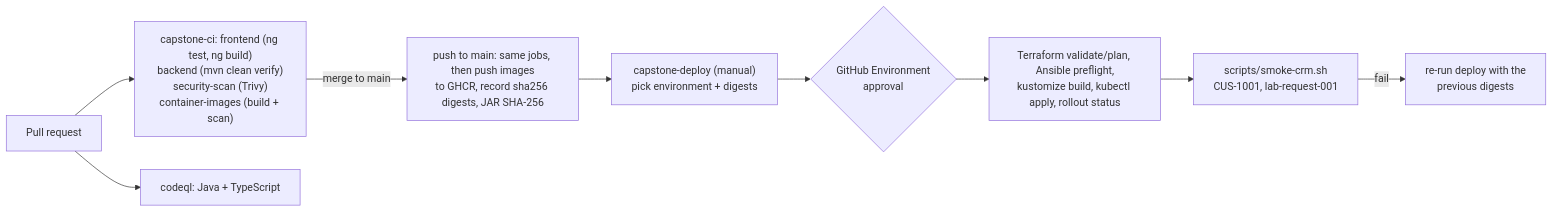
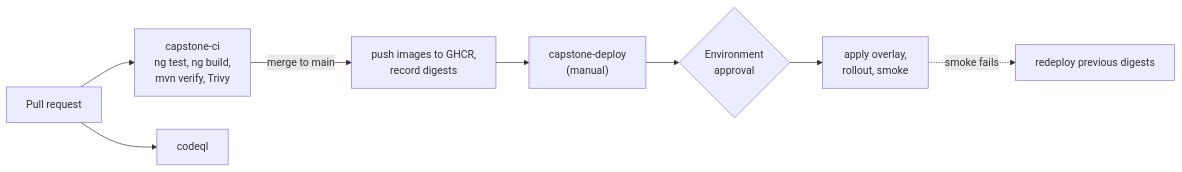
Before and after one commit to WillCraig/CapstoneProjectBoot: the fourth of 4 diagrams in docs/architecture.md, drawn with Mermaid. The commit also changed other lines of this file and 18 other files, not shown here.

````diff
--- a/docs/architecture.md
+++ b/docs/architecture.md
@@ -104,11 +99,10 @@
 ```mermaid
 flowchart LR
-  PR["Pull request"] --> CI["capstone-ci: frontend (ng test, ng build)<br/>backend (mvn clean verify)<br/>security-scan (Trivy)<br/>container-images (build + scan)"]
-  PR --> CQ["codeql: Java + TypeScript"]
-  CI -->|"merge to main"| MAIN["push to main: same jobs, then push images<br/>to GHCR, record sha256 digests, JAR SHA-256"]
-  MAIN --> DISP["capstone-deploy (manual)<br/>pick environment + digests"]
-  DISP --> APPR{"GitHub Environment<br/>approval"}
-  APPR --> APPLY["Terraform validate/plan, Ansible preflight,<br/>kustomize build, kubectl apply, rollout status"]
-  APPLY --> SMOKE["scripts/smoke-crm.sh<br/>CUS-1001, lab-request-001"]
-  SMOKE -->|"fail"| RB["re-run deploy with the<br/>previous digests"]
+  PR["Pull request"] --> CI["capstone-ci<br/>ng test, ng build,<br/>mvn verify, Trivy"]
+  PR --> CQ["codeql"]
+  CI -->|"merge to main"| IMG["push images to GHCR,<br/>record digests"]
+  IMG --> DEP["capstone-deploy<br/>(manual)"]
+  DEP --> APR{"Environment<br/>approval"}
+  APR --> K3S["apply overlay,<br/>rollout, smoke"]
+  K3S -.->|"smoke fails"| RB["redeploy previous digests"]
 ```
````
